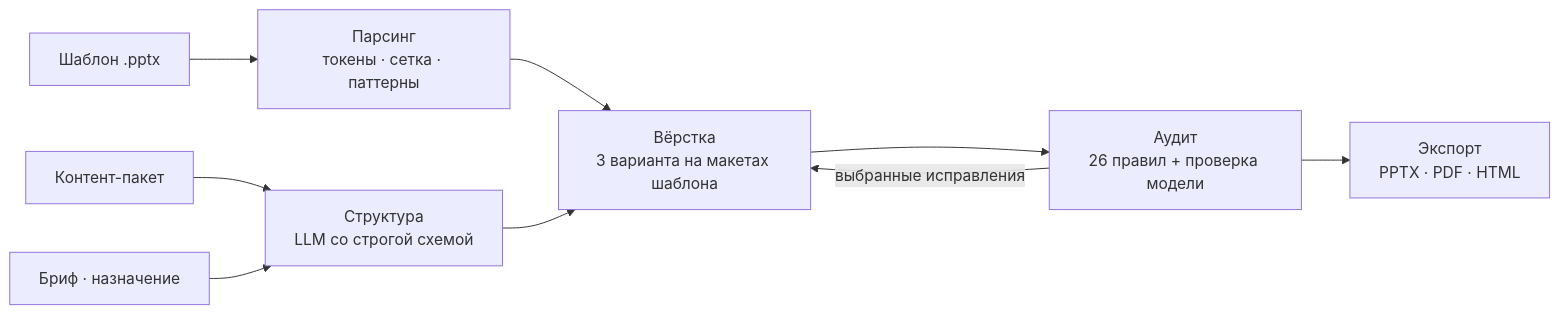
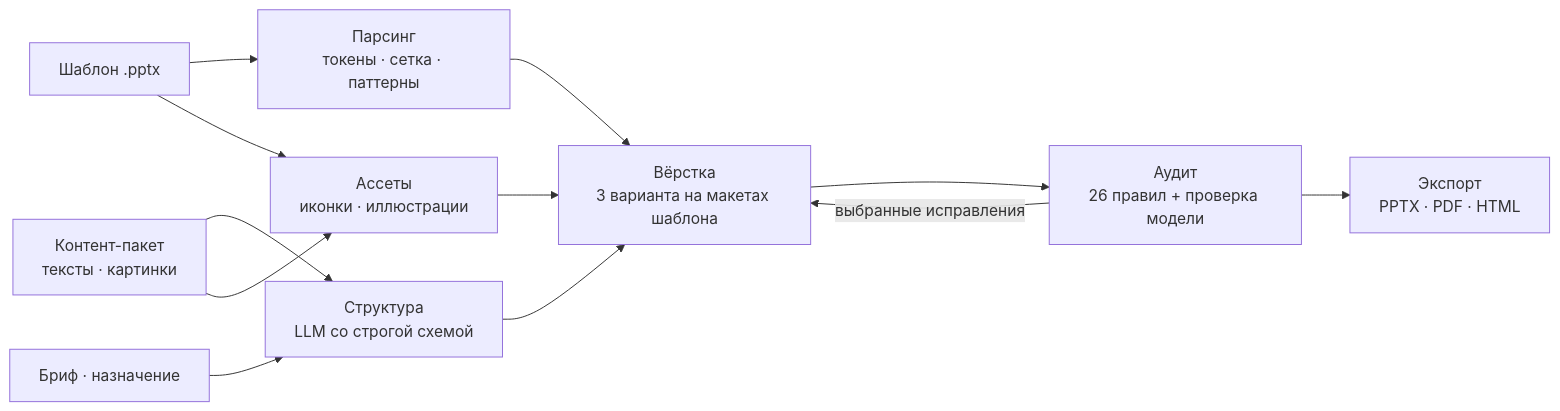
The diagram in README.md (DiFoxenGit/-VKTechHackathon), drawn with Mermaid before and after one commit. The commit also changed other lines of this file and 100 other files, not shown here.

First line of the commit message:
Визуальные ассеты: иконки и иллюстрации по смыслу, фактоиды, zip-пакеты

````diff
--- a/README.md
+++ b/README.md
@@ -81,11 +81,14 @@
 ```mermaid
 flowchart LR
     T[Шаблон .pptx] --> P[Парсинг<br/>токены · сетка · паттерны]
-    C[Контент-пакет] --> G
+    C[Контент-пакет<br/>тексты · картинки] --> G
+    C --> V[Ассеты<br/>иконки · иллюстрации]
+    T --> V
+    V --> L
     B[Бриф · назначение] --> G[Структура<br/>LLM со строгой схемой]
     P --> L[Вёрстка<br/>3 варианта на макетах шаблона]
     G --> L
     L --> A[Аудит<br/>26 правил + проверка модели]
     A -->|выбранные исправления| L
     A --> E[Экспорт<br/>PPTX · PDF · HTML]
 ```
````
